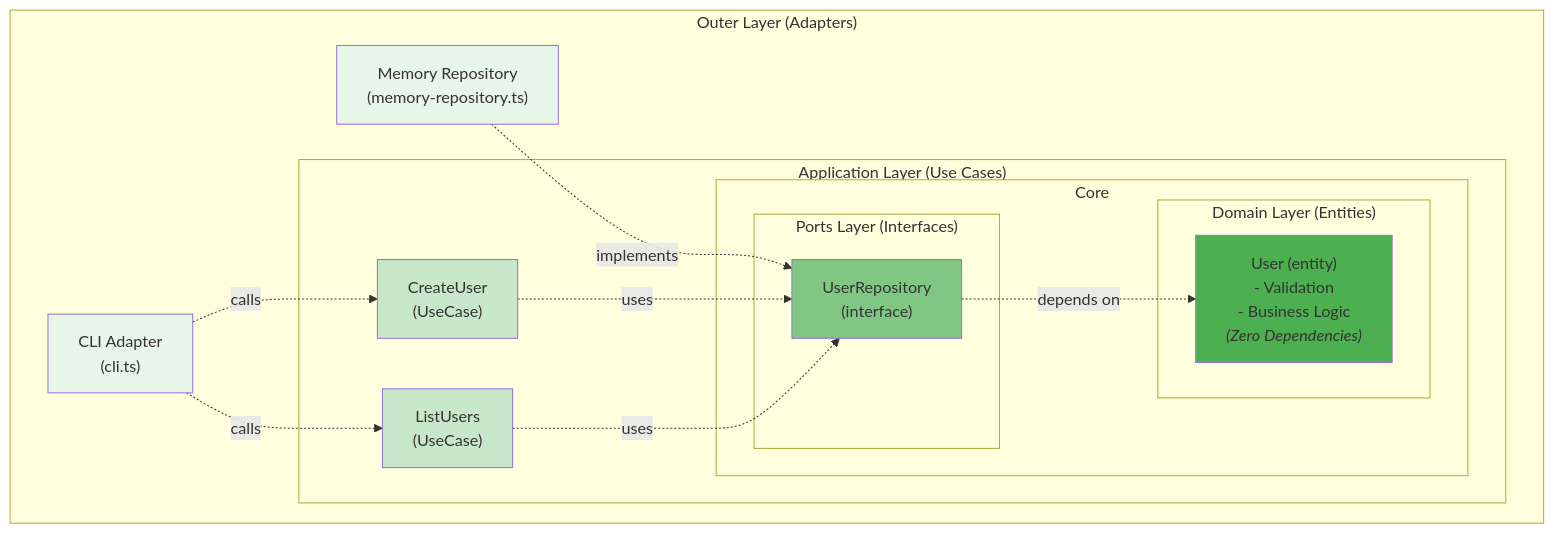
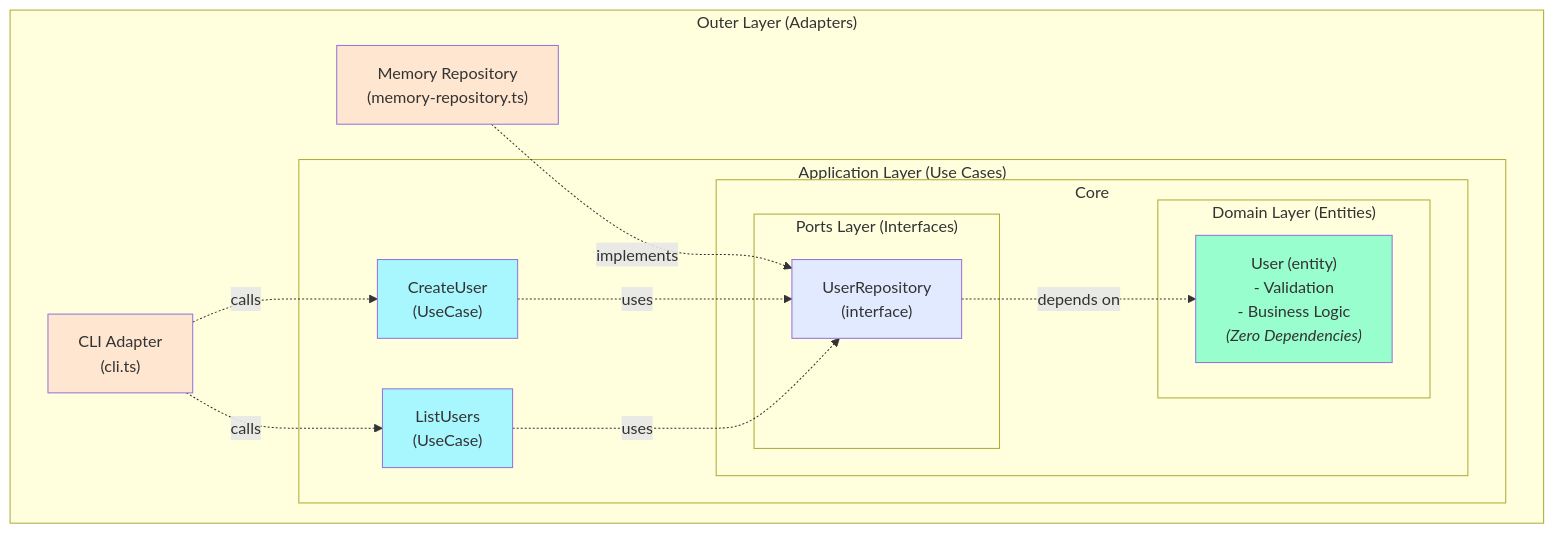
One commit to stricture-dev/stricture changed the diagram in examples/simple-hexagonal/README.md. Above: the diagram before and after it, drawn with Mermaid. The commit also changed 4 other files, not shown here.

First line of the commit message:
docs: update Mermaid diagram colors to use custom palette

````diff
--- a/examples/simple-hexagonal/README.md
+++ b/examples/simple-hexagonal/README.md
@@ -21,36 +21,36 @@
 ```mermaid
 graph TB
     subgraph Adapters["Outer Layer (Adapters)"]
         CLI["CLI Adapter<br/>(cli.ts)"]
         MemRepo["Memory Repository<br/>(memory-repository.ts)"]
 
         subgraph Application["Application Layer (Use Cases)"]
             CreateUser["CreateUser<br/>(UseCase)"]
             ListUsers["ListUsers<br/>(UseCase)"]
 
             subgraph PortsAndDomain["Core"]
                 subgraph Ports["Ports Layer (Interfaces)"]
                     UserRepo["UserRepository<br/>(interface)"]
                 end
 
                 subgraph Domain["Domain Layer (Entities)"]
                     User["User (entity)<br/>- Validation<br/>- Business Logic<br/><i>(Zero Dependencies)</i>"]
                 end
             end
         end
     end
 
     CLI -.calls.-> CreateUser
     CLI -.calls.-> ListUsers
     MemRepo -.implements.-> UserRepo
     CreateUser -.uses.-> UserRepo
     ListUsers -.uses.-> UserRepo
     UserRepo -.depends on.-> User
 
-    style User fill:#4caf50
-    style UserRepo fill:#81c784
-    style CreateUser fill:#c8e6c9
-    style ListUsers fill:#c8e6c9
-    style CLI fill:#e8f5e9
-    style MemRepo fill:#e8f5e9
+    style User fill:#98fece
+    style UserRepo fill:#e1eafe
+    style CreateUser fill:#a8f7fe
+    style ListUsers fill:#a8f7fe
+    style CLI fill:#fee6d0
+    style MemRepo fill:#fee6d0
 ```
````
